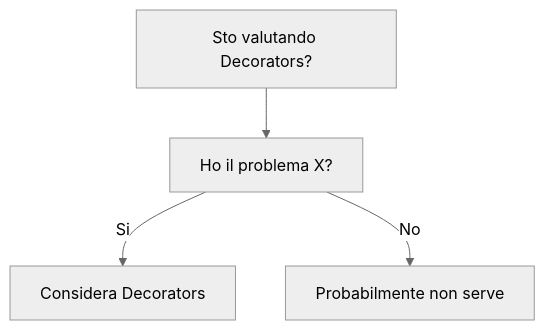
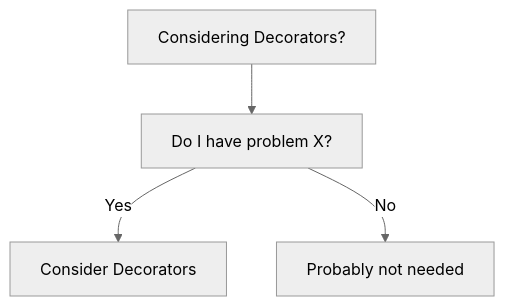
Before and after one commit to HxT9/Software-Dev-Wiki: the diagram in dev-wiki/14_Languages/TypeScript/Decorators/When_To_Use.md, drawn with Mermaid (neutral theme). The commit also changed other lines of this file and 3444 other files, not shown here.

````diff
--- a/dev-wiki/14_Languages/TypeScript/Decorators/When_To_Use.md
+++ b/dev-wiki/14_Languages/TypeScript/Decorators/When_To_Use.md
@@ -19,6 +19,6 @@
 ```mermaid
 flowchart TD
-  Q[Sto valutando Decorators?] --> Q1[Ho il problema X?]
-  Q1 -->|Si| OK[Considera Decorators]
-  Q1 -->|No| NO[Probabilmente non serve]
+  Q[Considering Decorators?] --> Q1[Do I have problem X?]
+  Q1 -->|Yes| OK[Consider Decorators]
+  Q1 -->|No| NO[Probably not needed]
 ```
````
